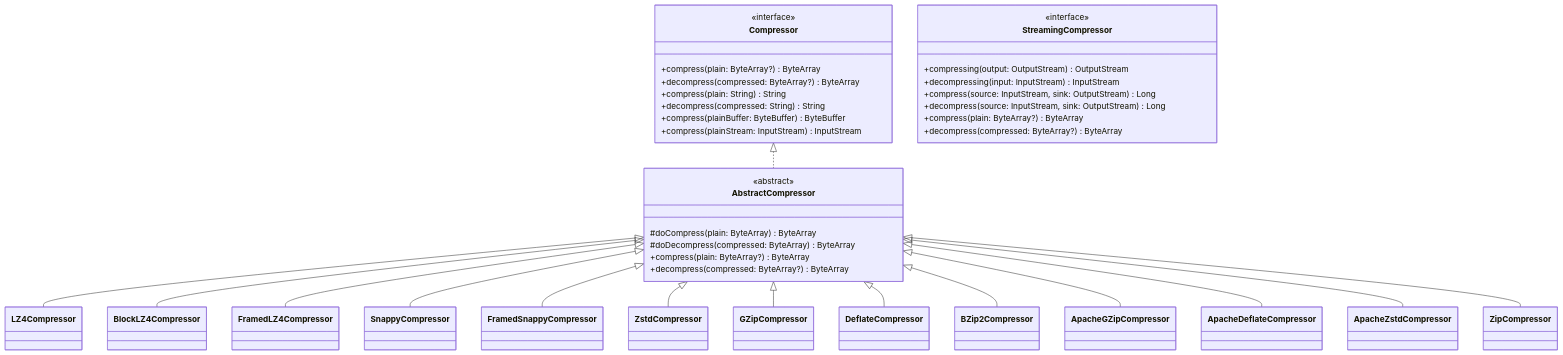
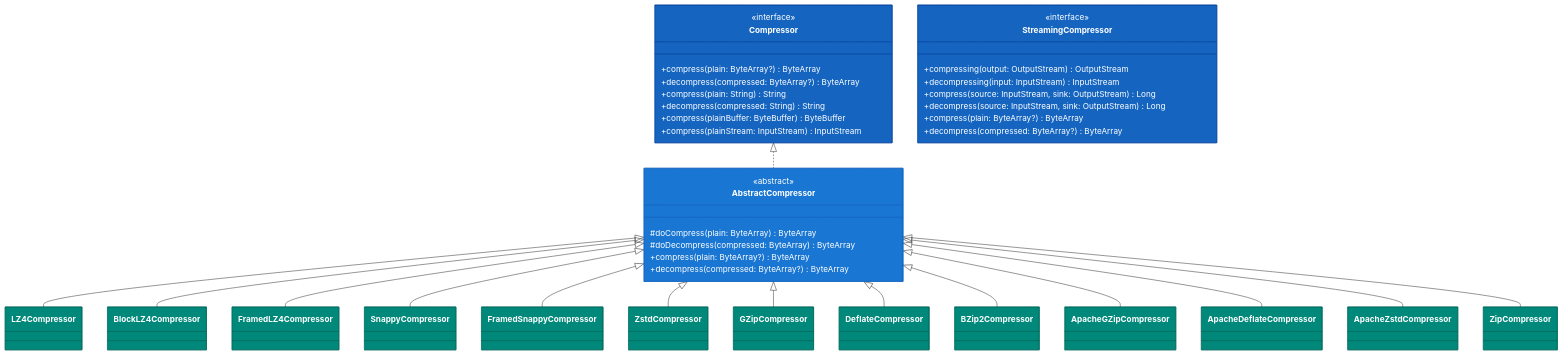
The first of 7 diagrams in io/io/README.ko.md (bluetape4k/bluetape4k-projects), drawn with Mermaid before and after one commit. The commit also changed other lines of this file and 221 other files, not shown here.

First line of the commit message:
docs: 전체 모듈 README UML 다이어그램 보강 및 색상 업그레이드

````diff
--- a/io/io/README.ko.md
+++ b/io/io/README.ko.md
@@ -13,46 +13,63 @@
 ```mermaid
 classDiagram
     class Compressor {
         <<interface>>
         +compress(plain: ByteArray?) ByteArray
         +decompress(compressed: ByteArray?) ByteArray
         +compress(plain: String) String
         +decompress(compressed: String) String
         +compress(plainBuffer: ByteBuffer) ByteBuffer
         +compress(plainStream: InputStream) InputStream
     }
 
     class AbstractCompressor {
         <<abstract>>
         #doCompress(plain: ByteArray) ByteArray
         #doDecompress(compressed: ByteArray) ByteArray
         +compress(plain: ByteArray?) ByteArray
         +decompress(compressed: ByteArray?) ByteArray
     }
 
 
     class StreamingCompressor {
         <<interface>>
         +compressing(output: OutputStream) OutputStream
         +decompressing(input: InputStream) InputStream
         +compress(source: InputStream, sink: OutputStream) Long
         +decompress(source: InputStream, sink: OutputStream) Long
         +compress(plain: ByteArray?) ByteArray
         +decompress(compressed: ByteArray?) ByteArray
     }
 
     Compressor <|.. AbstractCompressor
     AbstractCompressor <|-- LZ4Compressor
     AbstractCompressor <|-- BlockLZ4Compressor
     AbstractCompressor <|-- FramedLZ4Compressor
     AbstractCompressor <|-- SnappyCompressor
     AbstractCompressor <|-- FramedSnappyCompressor
     AbstractCompressor <|-- ZstdCompressor
     AbstractCompressor <|-- GZipCompressor
     AbstractCompressor <|-- DeflateCompressor
     AbstractCompressor <|-- BZip2Compressor
     AbstractCompressor <|-- ApacheGZipCompressor
     AbstractCompressor <|-- ApacheDeflateCompressor
     AbstractCompressor <|-- ApacheZstdCompressor
     AbstractCompressor <|-- ZipCompressor
+
+    style Compressor fill:#1565C0,stroke:#0D47A1,color:#FFFFFF
+    style StreamingCompressor fill:#1565C0,stroke:#0D47A1,color:#FFFFFF
+    style AbstractCompressor fill:#1976D2,stroke:#1565C0,color:#FFFFFF
+    style LZ4Compressor fill:#00897B,stroke:#00695C,color:#FFFFFF
+    style BlockLZ4Compressor fill:#00897B,stroke:#00695C,color:#FFFFFF
+    style FramedLZ4Compressor fill:#00897B,stroke:#00695C,color:#FFFFFF
+    style SnappyCompressor fill:#00897B,stroke:#00695C,color:#FFFFFF
+    style FramedSnappyCompressor fill:#00897B,stroke:#00695C,color:#FFFFFF
+    style ZstdCompressor fill:#00897B,stroke:#00695C,color:#FFFFFF
+    style GZipCompressor fill:#00897B,stroke:#00695C,color:#FFFFFF
+    style DeflateCompressor fill:#00897B,stroke:#00695C,color:#FFFFFF
+    style BZip2Compressor fill:#00897B,stroke:#00695C,color:#FFFFFF
+    style ApacheGZipCompressor fill:#00897B,stroke:#00695C,color:#FFFFFF
+    style ApacheDeflateCompressor fill:#00897B,stroke:#00695C,color:#FFFFFF
+    style ApacheZstdCompressor fill:#00897B,stroke:#00695C,color:#FFFFFF
+    style ZipCompressor fill:#00897B,stroke:#00695C,color:#FFFFFF
 ```
````
